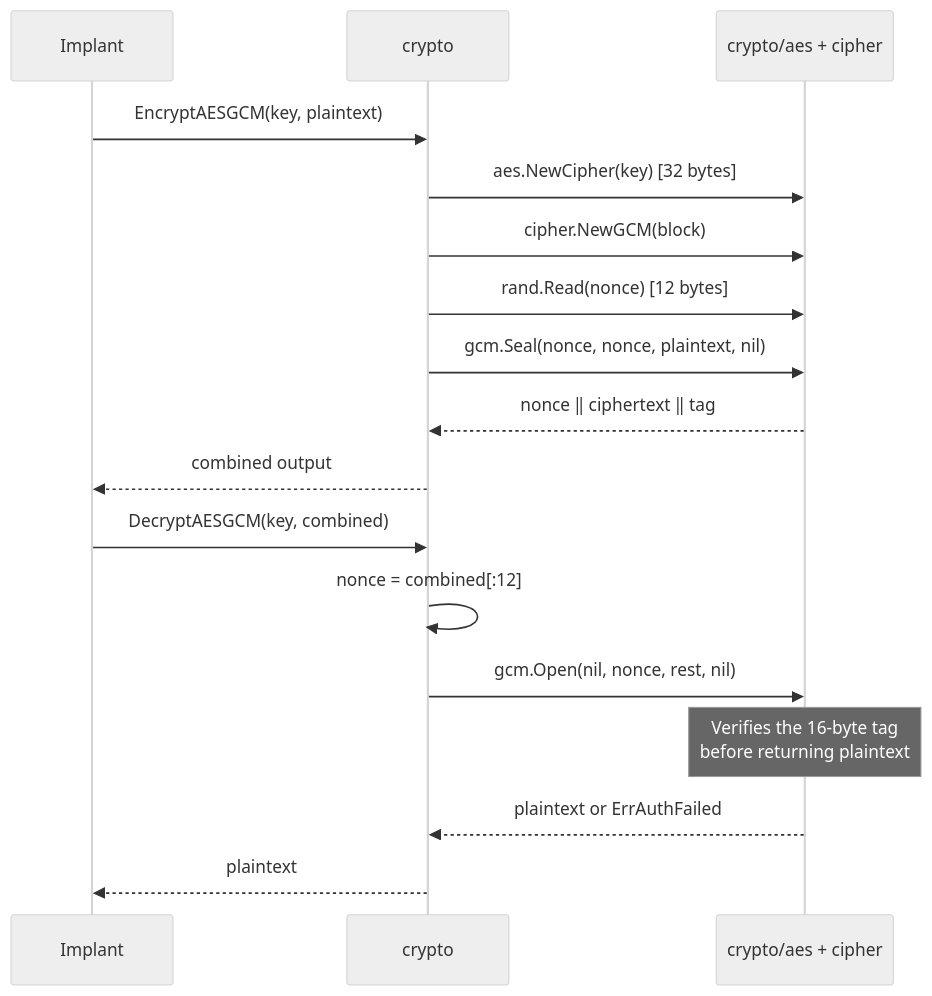
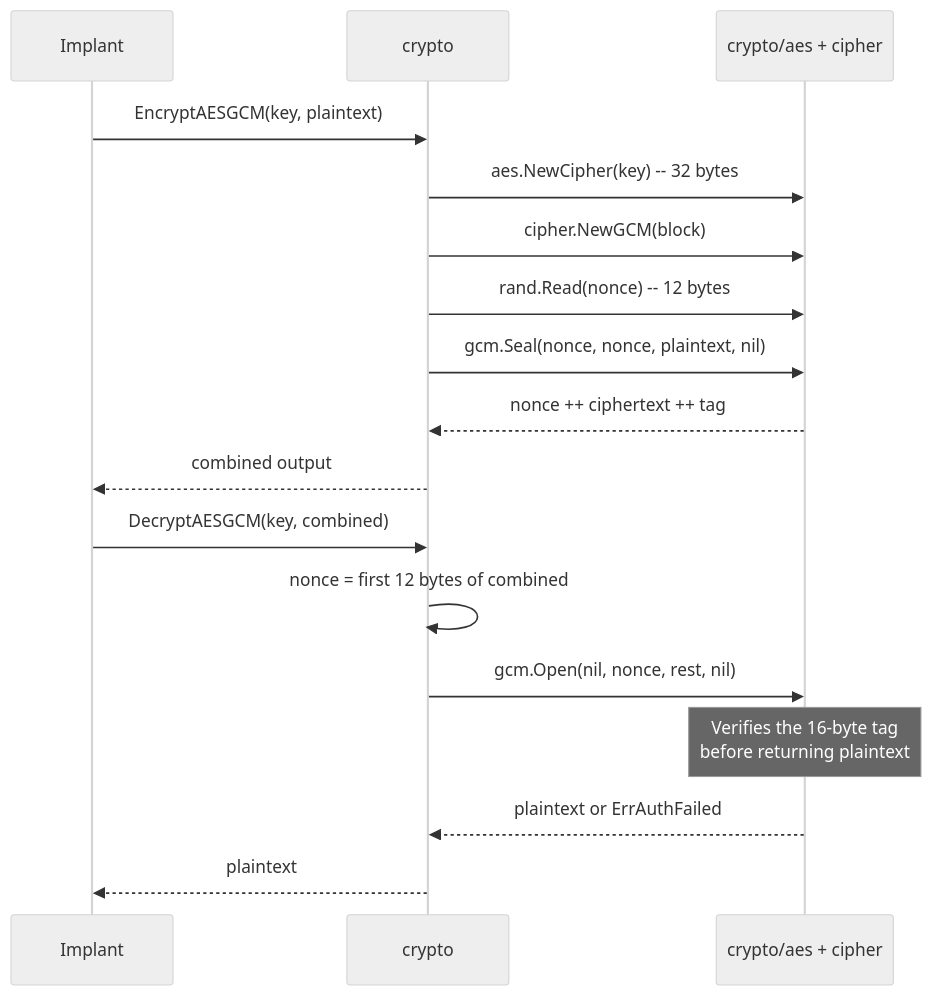
The second of 2 diagrams in docs/techniques/crypto/payload-encryption.md (oioio-space/maldev), drawn with Mermaid (neutral theme) before and after one commit. The commit also changed other lines of this file and 69 other files, not shown here.

````diff
--- a/docs/techniques/crypto/payload-encryption.md
+++ b/docs/techniques/crypto/payload-encryption.md
@@ -60,21 +60,21 @@
 ```mermaid
 sequenceDiagram
     participant App as Implant
     participant Pkg as crypto
     participant Std as crypto/aes + cipher
 
     App->>Pkg: EncryptAESGCM(key, plaintext)
-    Pkg->>Std: aes.NewCipher(key)  [32 bytes]
+    Pkg->>Std: aes.NewCipher(key) -- 32 bytes
     Pkg->>Std: cipher.NewGCM(block)
-    Pkg->>Std: rand.Read(nonce)    [12 bytes]
+    Pkg->>Std: rand.Read(nonce) -- 12 bytes
     Pkg->>Std: gcm.Seal(nonce, nonce, plaintext, nil)
-    Std-->>Pkg: nonce ‖ ciphertext ‖ tag
+    Std-->>Pkg: nonce ++ ciphertext ++ tag
     Pkg-->>App: combined output
 
     App->>Pkg: DecryptAESGCM(key, combined)
-    Pkg->>Pkg: nonce = combined[:12]
+    Pkg->>Pkg: nonce = first 12 bytes of combined
     Pkg->>Std: gcm.Open(nil, nonce, rest, nil)
-    Note over Std: Verifies the 16-byte tag<br/>before returning plaintext
+    Note over Std: Verifies the 16-byte tag<br>before returning plaintext
     Std-->>Pkg: plaintext or ErrAuthFailed
     Pkg-->>App: plaintext
 ```
````
